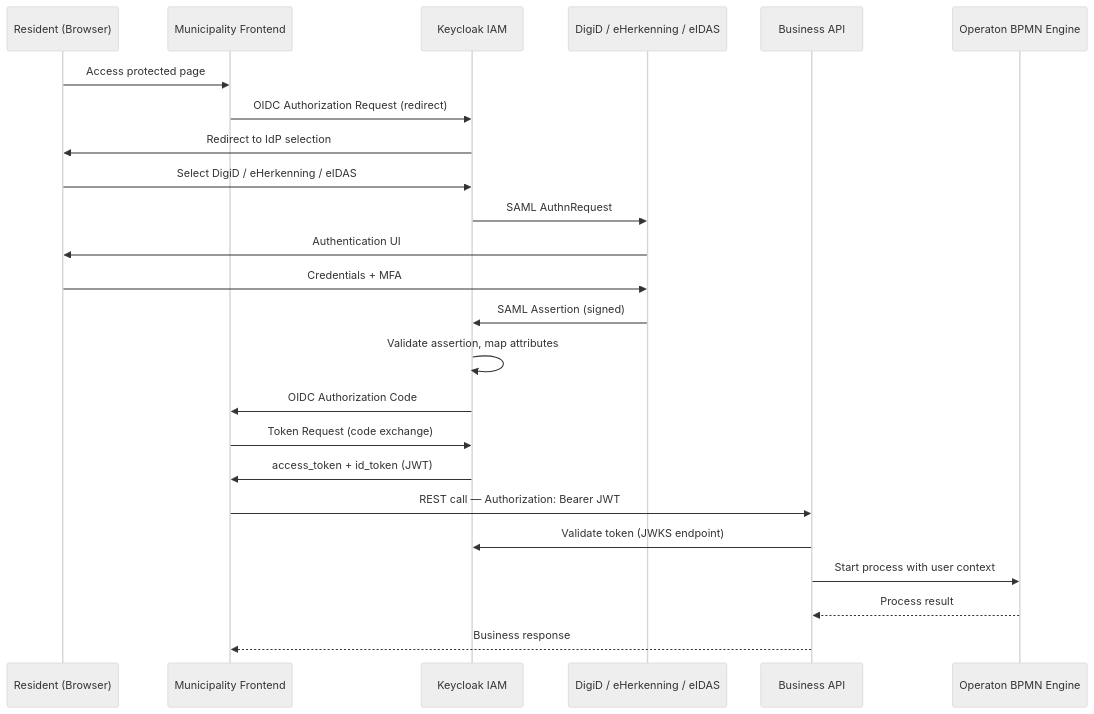
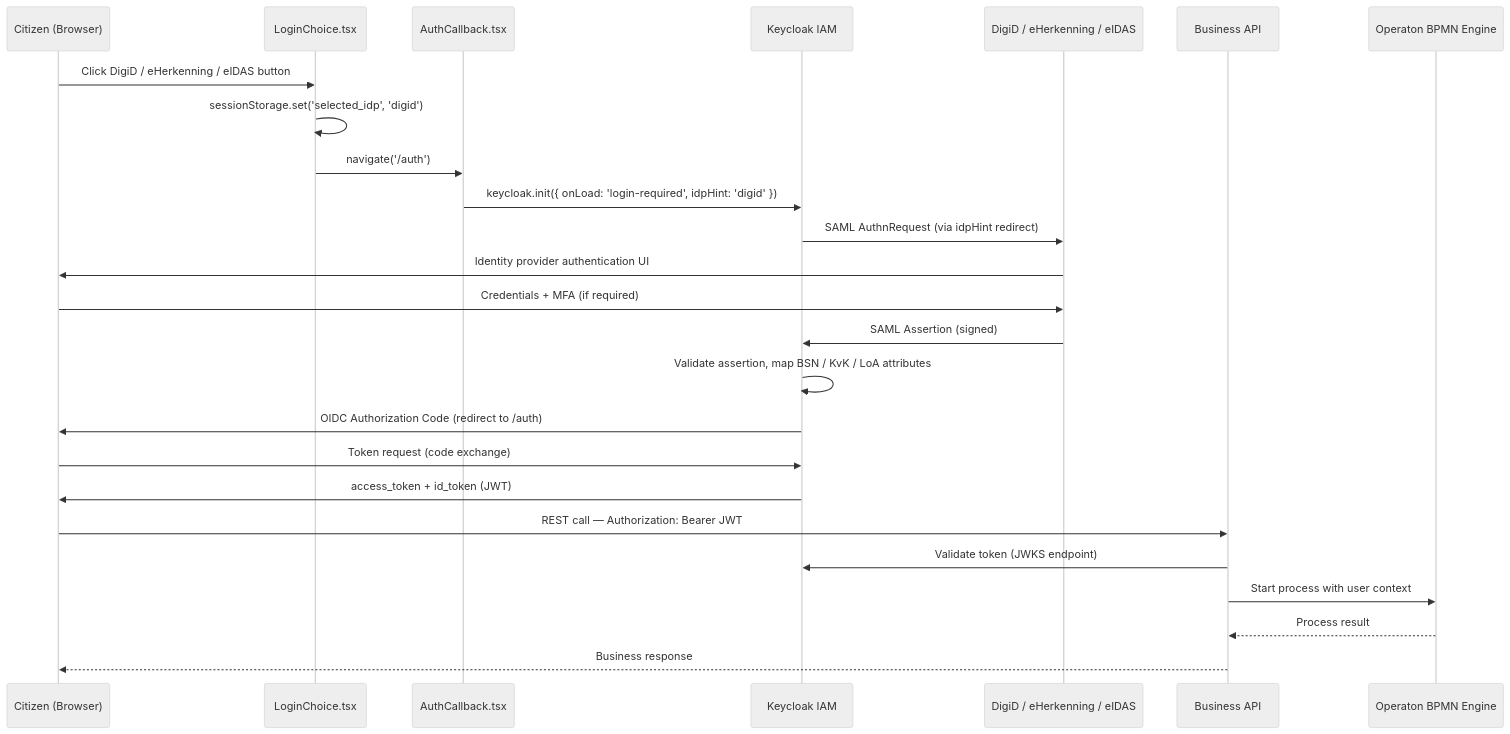
One commit to sgort/iou-architectuur changed the first of 2 diagrams in docs/en/ronl-business-api/features/authentication-iam.md. Above: the diagram before and after it, drawn with Mermaid (neutral theme). The commit also changed other lines of this file and 20 other files, not shown here.

Commit message:
chore: release RONL Business API v2.0.1

````diff
--- a/docs/en/ronl-business-api/features/authentication-iam.md
+++ b/docs/en/ronl-business-api/features/authentication-iam.md
@@ -9,27 +15,28 @@
 ```mermaid
 sequenceDiagram
-    participant R as Resident (Browser)
-    participant MF as Municipality Frontend
+    participant B as Citizen (Browser)
+    participant LC as LoginChoice.tsx
+    participant AC as AuthCallback.tsx
     participant KC as Keycloak IAM
     participant IDP as DigiD / eHerkenning / eIDAS
     participant API as Business API
     participant BPM as Operaton BPMN Engine
 
-    R->>MF: Access protected page
-    MF->>KC: OIDC Authorization Request (redirect)
-    KC->>R: Redirect to IdP selection
-    R->>KC: Select DigiD / eHerkenning / eIDAS
-    KC->>IDP: SAML AuthnRequest
-    IDP->>R: Authentication UI
-    R->>IDP: Credentials + MFA
+    B->>LC: Click DigiD / eHerkenning / eIDAS button
+    LC->>LC: sessionStorage.set('selected_idp', 'digid')
+    LC->>AC: navigate('/auth')
+    AC->>KC: keycloak.init({ onLoad: 'login-required', idpHint: 'digid' })
+    KC->>IDP: SAML AuthnRequest (via idpHint redirect)
+    IDP->>B: Identity provider authentication UI
+    B->>IDP: Credentials + MFA (if required)
     IDP->>KC: SAML Assertion (signed)
-    KC->>KC: Validate assertion, map attributes
-    KC->>MF: OIDC Authorization Code
-    MF->>KC: Token Request (code exchange)
-    KC->>MF: access_token + id_token (JWT)
-    MF->>API: REST call — Authorization: Bearer JWT
+    KC->>KC: Validate assertion, map BSN / KvK / LoA attributes
+    KC->>B: OIDC Authorization Code (redirect to /auth)
+    B->>KC: Token request (code exchange)
+    KC->>B: access_token + id_token (JWT)
+    B->>API: REST call — Authorization: Bearer JWT
     API->>KC: Validate token (JWKS endpoint)
     API->>BPM: Start process with user context
     BPM-->>API: Process result
-    API-->>MF: Business response
+    API-->>B: Business response
 ```
````
